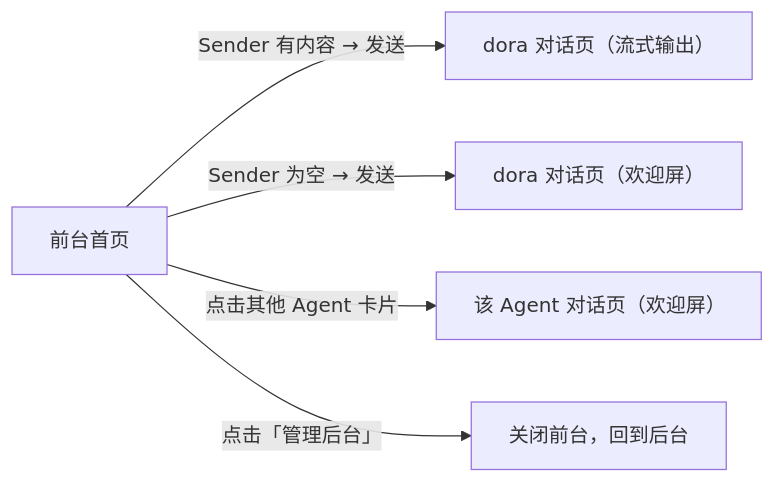
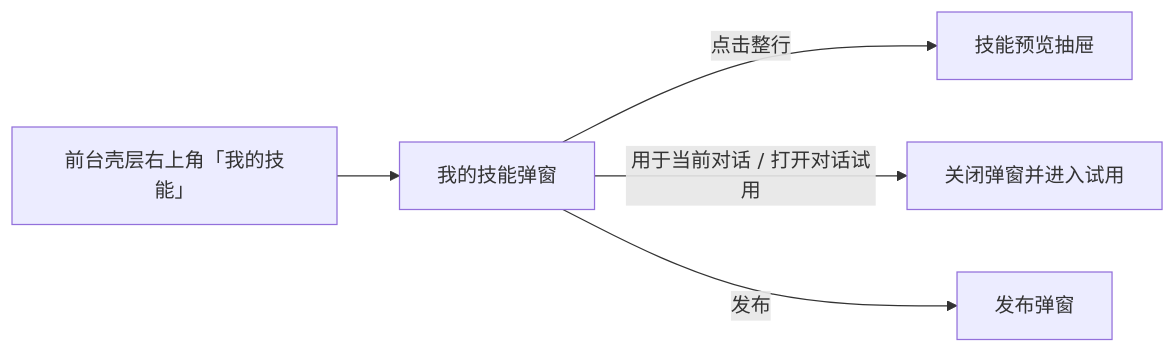
One commit to zui-luo/dorauxdemo changed the third of 9 diagrams in custom-skill-entry/interaction-spec.md. Above: the diagram before and after it, drawn with Mermaid. The commit also changed other lines of this file and 14 other files, not shown here.

````diff
--- a/custom-skill-entry/interaction-spec.md
+++ b/custom-skill-entry/interaction-spec.md
@@ -43,7 +62,7 @@
 ```mermaid
 flowchart LR
-    A["前台首页"] -->|"Sender 有内容 → 发送"| B["dora 对话页（流式输出）"]
-    A -->|"Sender 为空 → 发送"| C["dora 对话页（欢迎屏）"]
-    A -->|"点击其他 Agent 卡片"| D["该 Agent 对话页（欢迎屏）"]
-    A -->|"点击「管理后台」"| E["关闭前台，回到后台"]
+    A["前台壳层右上角「我的技能」"] --> B["我的技能弹窗"]
+    B -->|点击整行| C["技能预览抽屉"]
+    B -->|用于当前对话 / 打开对话试用| D["关闭弹窗并进入试用"]
+    B -->|发布| E["发布弹窗"]
 ```
````
